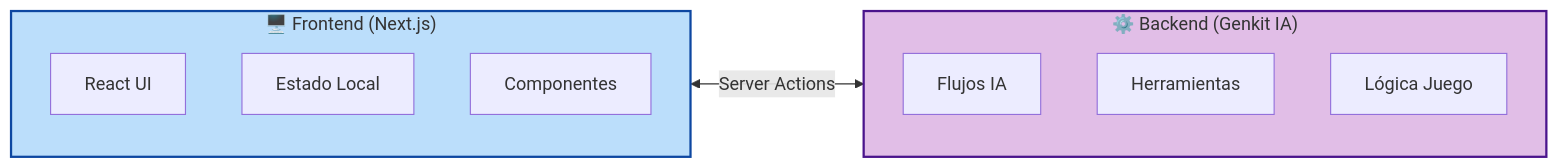
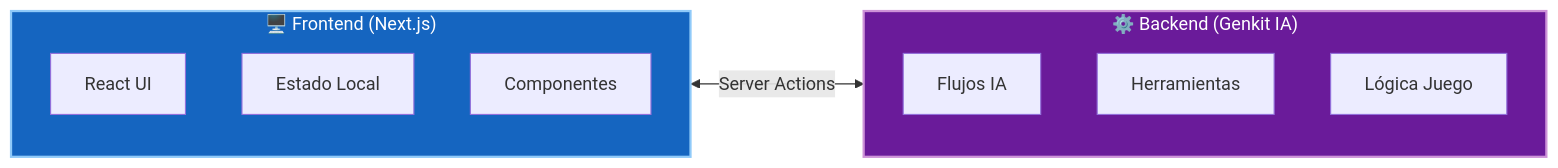
Before and after one commit to gaellendoiro-droid/DnD-Adventures-AI: the first of 6 diagrams in docs/arquitectura/vision-general.md, drawn with Mermaid. The commit also changed other lines of this file and 5 other files, not shown here.

````diff
--- a/docs/arquitectura/vision-general.md
+++ b/docs/arquitectura/vision-general.md
@@ -9,19 +27,19 @@
 ```mermaid
 graph LR
     subgraph Frontend["🖥️ Frontend (Next.js)"]
         A[React UI]
         B[Estado Local]
         C[Componentes]
     end
     
     subgraph Backend["⚙️ Backend (Genkit IA)"]
         D[Flujos IA]
         E[Herramientas]
         F[Lógica Juego]
     end
     
     Frontend <-->|Server Actions| Backend
     
-    style Frontend fill:#bbdefb,stroke:#0d47a1,stroke-width:2px
-    style Backend fill:#e1bee7,stroke:#4a148c,stroke-width:2px
+    style Frontend fill:#1565c0,stroke:#90caf9,stroke-width:2px,color:#fff
+    style Backend fill:#6a1b9a,stroke:#ce93d8,stroke-width:2px,color:#fff
 ```
````
